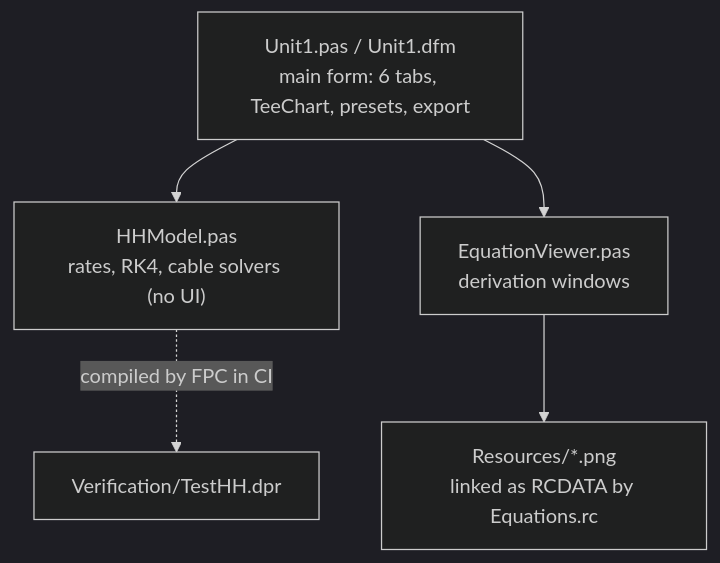
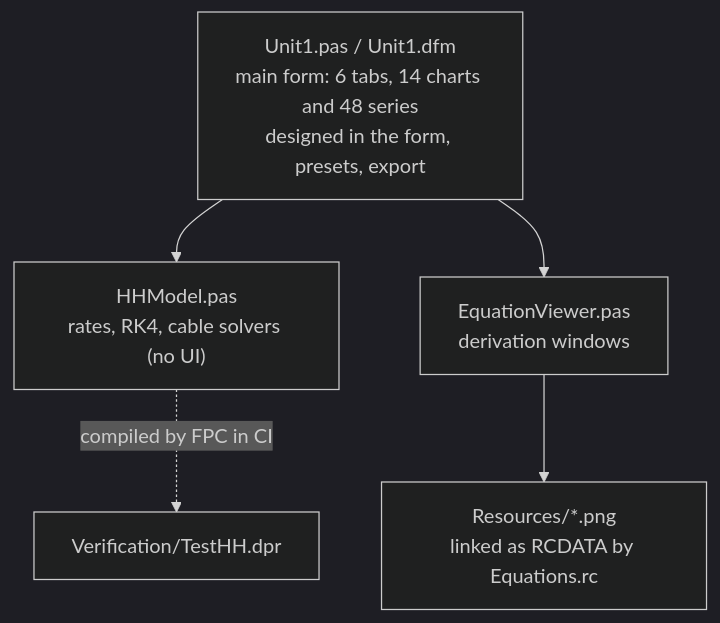
The second of 2 diagrams in Assignment 1_HH Model/README.md (ZinniXX004/Biocybernetics), drawn with Mermaid (dark theme) before and after one commit. The commit also changed other lines of this file and 13 other files, not shown here.

````diff
--- a/Assignment 1_HH Model/README.md
+++ b/Assignment 1_HH Model/README.md
@@ -289,11 +289,11 @@
 ```mermaid
 flowchart TB
-    UI["Unit1.pas / Unit1.dfm<br/>main form: 6 tabs, TeeChart, presets, export"]
+    UI["Unit1.pas / Unit1.dfm<br/>main form: 6 tabs, 14 charts and 48 series<br/>designed in the form, presets, export"]
     CORE["HHModel.pas<br/>rates, RK4, cable solvers (no UI)"]
     EV["EquationViewer.pas<br/>derivation windows"]
     RES["Resources/*.png<br/>linked as RCDATA by Equations.rc"]
     UI --> CORE
     UI --> EV
     EV --> RES
     CORE -. compiled by FPC in CI .-> T["Verification/TestHH.dpr"]
 ```
````
